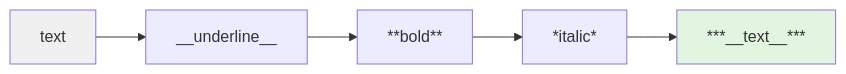
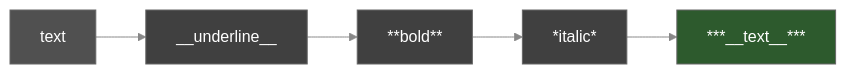
The third of 8 diagrams in README.md (visionik/sedmat), drawn with Mermaid before and after one commit. The commit also changed other lines of this file, not shown here.

First line of the commit message:
fix: escape special chars in Mermaid diagrams and apply dark theme

````diff
--- a/README.md
+++ b/README.md
@@ -162,10 +164,11 @@
 ```mermaid
+%%{init: {'theme': 'base', 'themeVariables': { 'primaryColor': '#404040', 'primaryTextColor': '#ffffff', 'primaryBorderColor': '#666666', 'lineColor': '#888888', 'secondaryColor': '#505050', 'tertiaryColor': '#333333', 'background': '#1a1a1a' }}}%%
 graph LR
     TEXT[text] --> U["__underline__"]
     U --> B["**bold**"]
     B --> I["*italic*"]
     I --> FINAL["***__text__***"]
     
-    style TEXT fill:#f0f0f0
-    style FINAL fill:#e1f5e1
+    style TEXT fill:#505050,color:#ffffff
+    style FINAL fill:#2d5a2d,color:#ffffff
 ```
````
